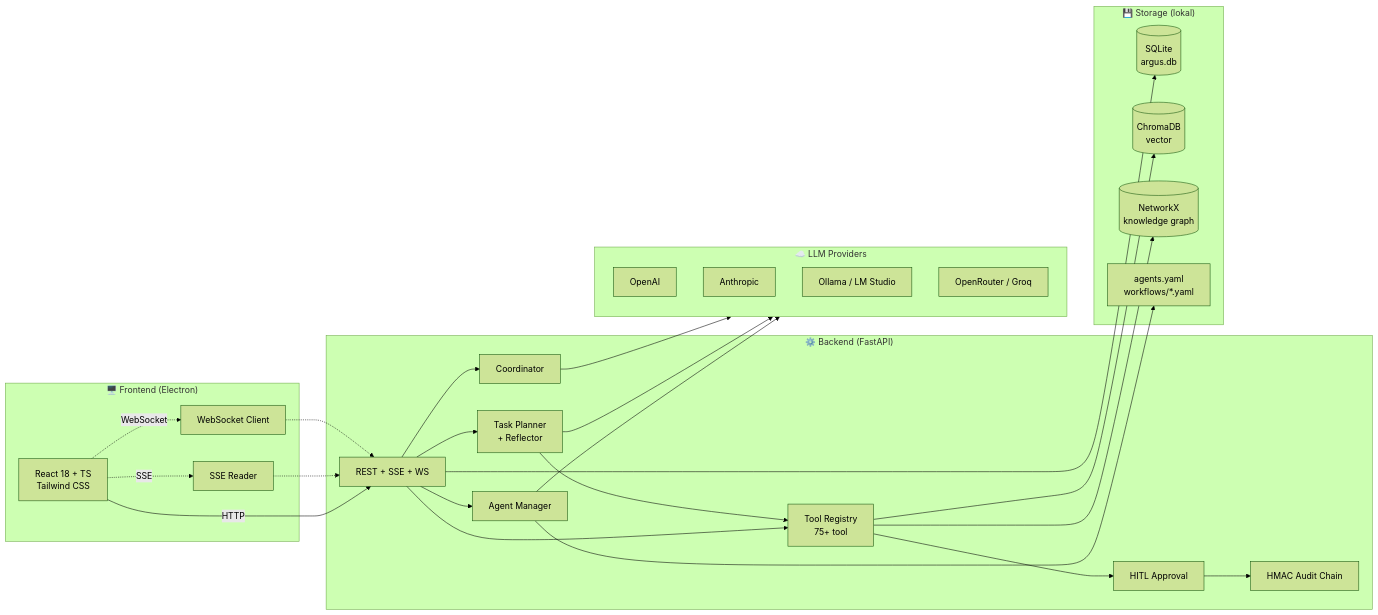
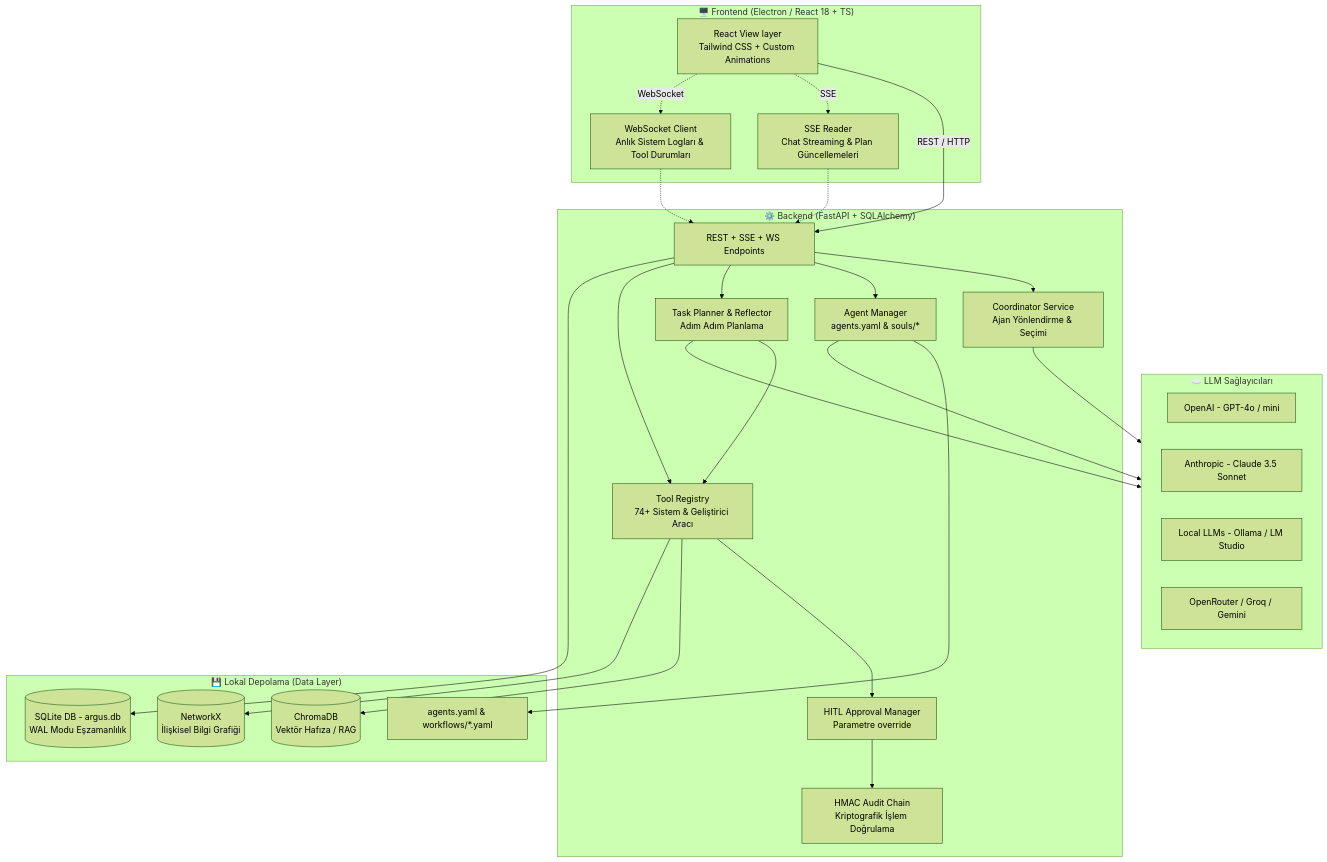
One commit to Abdullah6262637/Argus changed the diagram in README.md. Above: the diagram before and after it, drawn with Mermaid (forest theme). The commit also changed other lines of this file and 10 other files, not shown here.

````diff
--- a/README.md
+++ b/README.md
@@ -50,55 +28,56 @@
 ```mermaid
-flowchart LR
-    subgraph Frontend ["🖥️ Frontend (Electron)"]
-        UI[React 18 + TS<br/>Tailwind CSS]
-        WS[WebSocket Client]
-        SSE[SSE Reader]
+flowchart TB
+    subgraph Frontend ["🖥️ Frontend (Electron / React 18 + TS)"]
+        UI[React View layer<br/>Tailwind CSS + Custom Animations]
+        WS[WebSocket Client<br/>Anlık Sistem Logları & Tool Durumları]
+        SSE[SSE Reader<br/>Chat Streaming & Plan Güncellemeleri]
     end
 
-    subgraph Backend ["⚙️ Backend (FastAPI)"]
-        API[REST + SSE + WS]
-        AM[Agent Manager]
-        TR[Tool Registry<br/>75+ tool]
-        Planner[Task Planner<br/>+ Reflector]
-        Coord[Coordinator]
-        Audit[HMAC Audit Chain]
-        Approval[HITL Approval]
+    subgraph Backend ["⚙️ Backend (FastAPI + SQLAlchemy)"]
+        API[REST + SSE + WS Endpoints]
+        Coord[Coordinator Service<br/>Ajan Yönlendirme & Seçimi]
+        AM[Agent Manager<br/>agents.yaml & souls/*]
+        Planner[Task Planner & Reflector<br/>Adım Adım Planlama]
+        TR[Tool Registry<br/>74+ Sistem & Geliştirici Aracı]
+        Audit[HMAC Audit Chain<br/>Kriptografik İşlem Doğrulama]
+        Approval[HITL Approval Manager<br/>Parametre override]
     end
 
-    subgraph LLM ["☁️ LLM Providers"]
-        OAI[OpenAI]
-        Anth[Anthropic]
-        Local[Ollama / LM Studio]
-        Proxy[OpenRouter / Groq]
+    subgraph LLM ["☁️ LLM Sağlayıcıları"]
+        OAI[OpenAI - GPT-4o / mini]
+        Anth[Anthropic - Claude 3.5 Sonnet]
+        Local[Local LLMs - Ollama / LM Studio]
+        Proxy[OpenRouter / Groq / Gemini]
     end
 
-    subgraph Storage ["💾 Storage (lokal)"]
-        SQLite[(SQLite<br/>argus.db)]
-        Chroma[(ChromaDB<br/>vector)]
-        Graph[(NetworkX<br/>knowledge graph)]
-        YAML[agents.yaml<br/>workflows/*.yaml]
+    subgraph Storage ["💾 Lokal Depolama (Data Layer)"]
+        SQLite[(SQLite DB - argus.db<br/>WAL Modu Eşzamanlılık)]
+        Chroma[(ChromaDB<br/>Vektör Hafıza / RAG)]
+        Graph[(NetworkX<br/>İlişkisel Bilgi Grafiği)]
+        YAML[agents.yaml & workflows/*.yaml]
     end
 
-    UI -- HTTP --> API
-    UI -.SSE.-> SSE
+    %% İletişim Hatları
+    UI -- REST / HTTP --> API
+    UI -. SSE .-> SSE
     SSE -.-> API
-    UI -.WebSocket.-> WS
+    UI -. WebSocket .-> WS
     WS -.-> API
 
+    API --> Coord
     API --> AM
+    API --> Planner
     API --> TR
-    API --> Planner
-    API --> Coord
     Planner --> TR
     TR --> Approval
     Approval --> Audit
 
     AM --> LLM
     Planner --> LLM
     Coord --> LLM
 
     AM --> YAML
     API --> SQLite
     TR --> Chroma
     TR --> Graph
 ```
````
